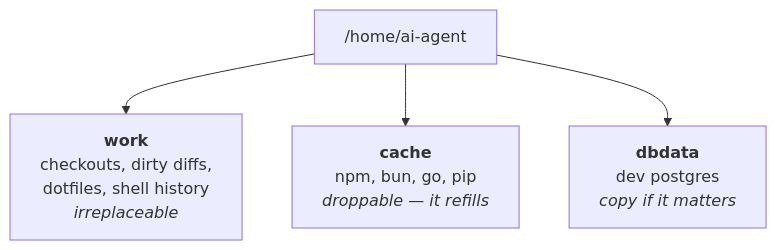
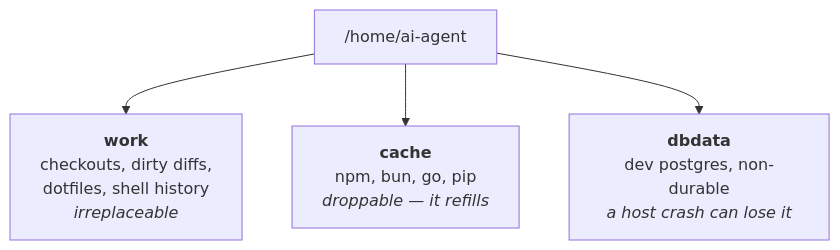
Before and after one commit to Dislace/vswarm: the second of 2 diagrams in README.md, drawn with Mermaid. The commit also changed 2 other files, not shown here.

Commit message:
perf(db): run the tenant development database without crash safety (#93)

````diff
--- a/README.md
+++ b/README.md
@@ -109,7 +109,7 @@
 ```mermaid
 flowchart TD
     H["/home/ai-agent"]
     H --> W["<b>work</b><br/>checkouts, dirty diffs,<br/>dotfiles, shell history<br/><i>irreplaceable</i>"]
     H --> C["<b>cache</b><br/>npm, bun, go, pip<br/><i>droppable — it refills</i>"]
-    H --> D["<b>dbdata</b><br/>dev postgres<br/><i>copy if it matters</i>"]
+    H --> D["<b>dbdata</b><br/>dev postgres, non-durable<br/><i>a host crash can lose it</i>"]
 ```
````
